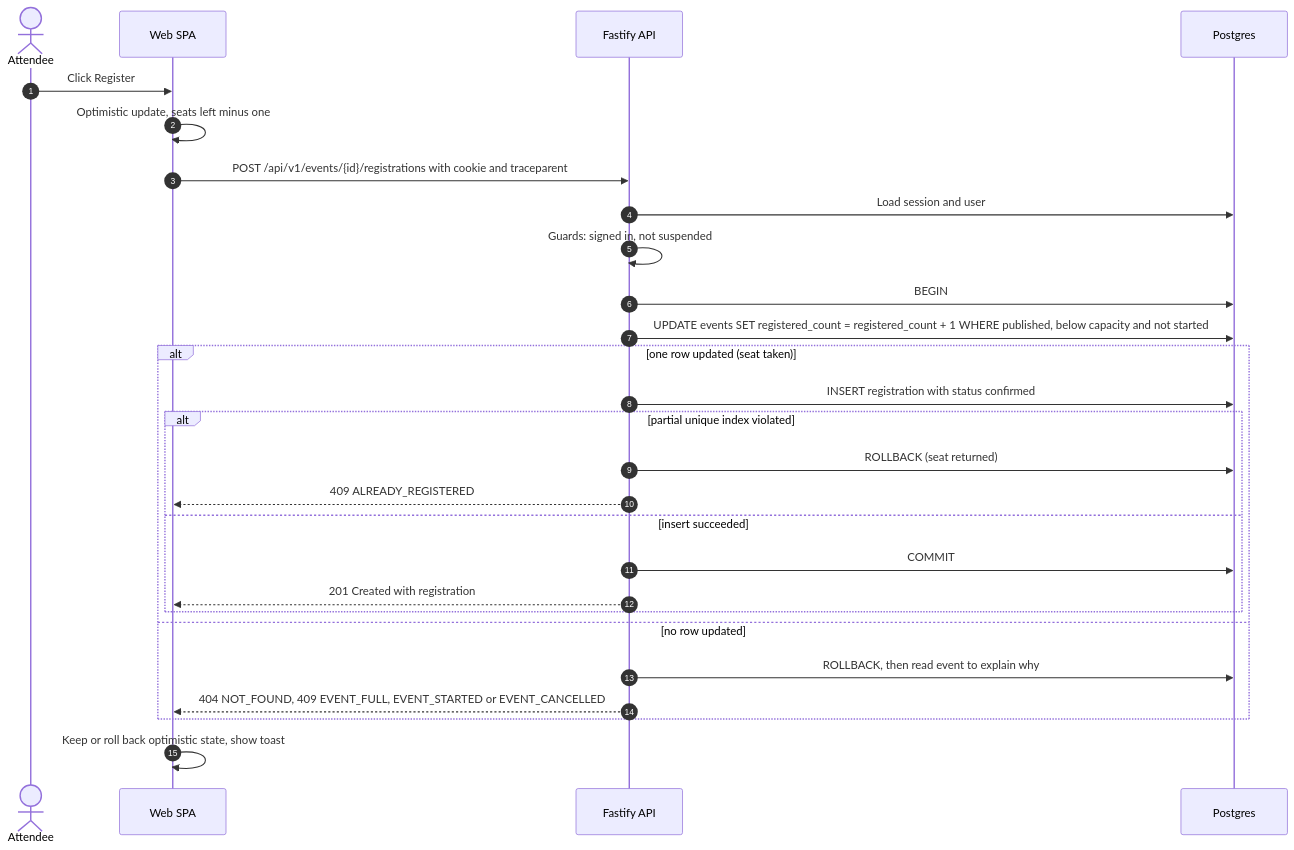
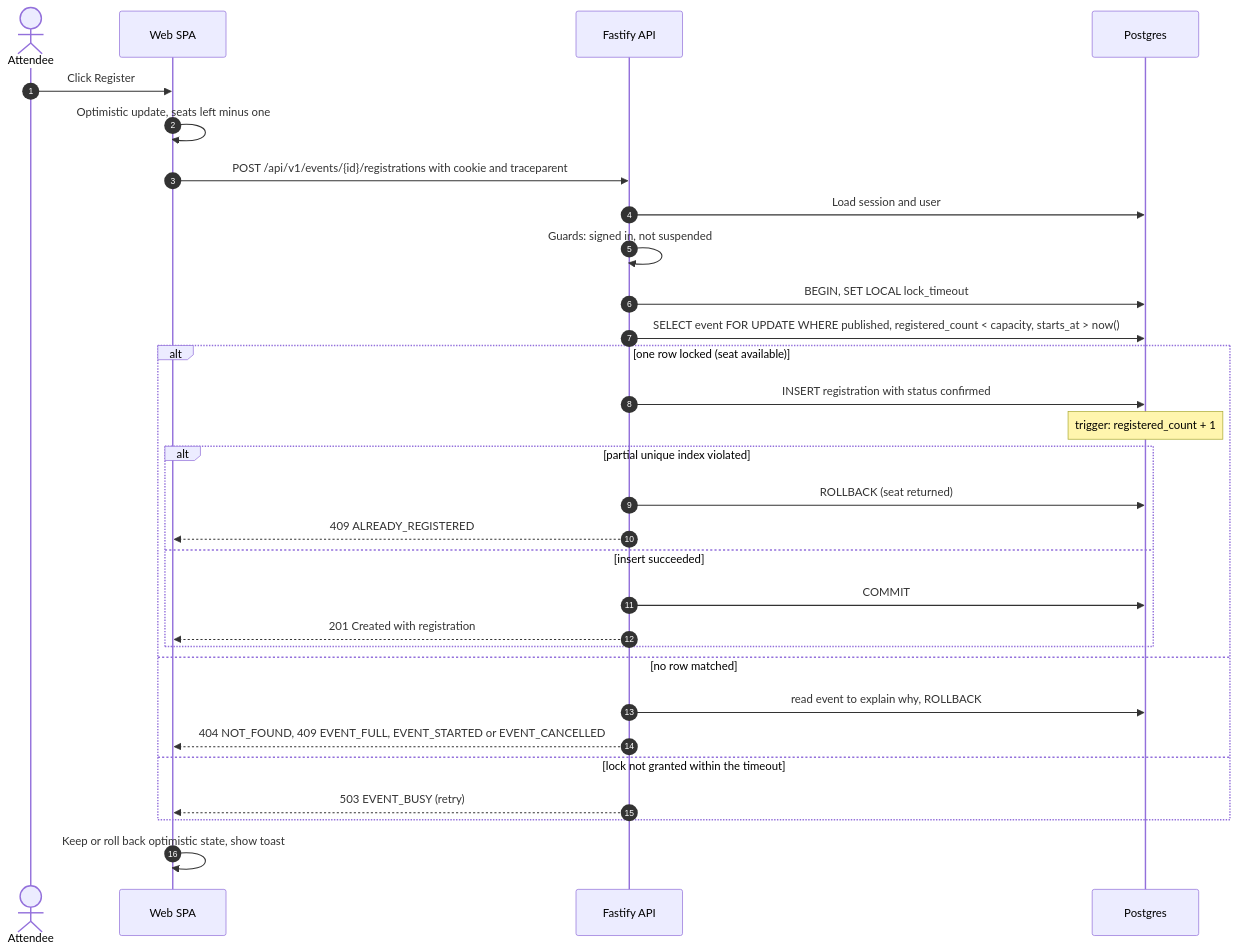
One commit to khanovico/gatherly changed the third of 8 diagrams in docs/architecture.md. Above: the diagram before and after it, drawn with Mermaid. The commit also changed other lines of this file and 24 other files, not shown here.

````diff
--- a/docs/architecture.md
+++ b/docs/architecture.md
@@ -116,30 +116,33 @@
 ```mermaid
 sequenceDiagram
   autonumber
   actor A as Attendee
   participant W as Web SPA
   participant API as Fastify API
   participant DB as Postgres
 
   A->>W: Click Register
   W->>W: Optimistic update, seats left minus one
   W->>API: POST /api/v1/events/{id}/registrations with cookie and traceparent
   API->>DB: Load session and user
   API->>API: Guards: signed in, not suspended
-  API->>DB: BEGIN
-  API->>DB: UPDATE events SET registered_count = registered_count + 1 WHERE published, below capacity and not started
-  alt one row updated (seat taken)
+  API->>DB: BEGIN, SET LOCAL lock_timeout
+  API->>DB: SELECT event FOR UPDATE WHERE published, registered_count < capacity, starts_at > now()
+  alt one row locked (seat available)
     API->>DB: INSERT registration with status confirmed
+    Note over DB: trigger: registered_count + 1
     alt partial unique index violated
       API->>DB: ROLLBACK (seat returned)
       API-->>W: 409 ALREADY_REGISTERED
     else insert succeeded
       API->>DB: COMMIT
       API-->>W: 201 Created with registration
     end
-  else no row updated
-    API->>DB: ROLLBACK, then read event to explain why
+  else no row matched
+    API->>DB: read event to explain why, ROLLBACK
     API-->>W: 404 NOT_FOUND, 409 EVENT_FULL, EVENT_STARTED or EVENT_CANCELLED
+  else lock not granted within the timeout
+    API-->>W: 503 EVENT_BUSY (retry)
   end
   W->>W: Keep or roll back optimistic state, show toast
 ```
````
